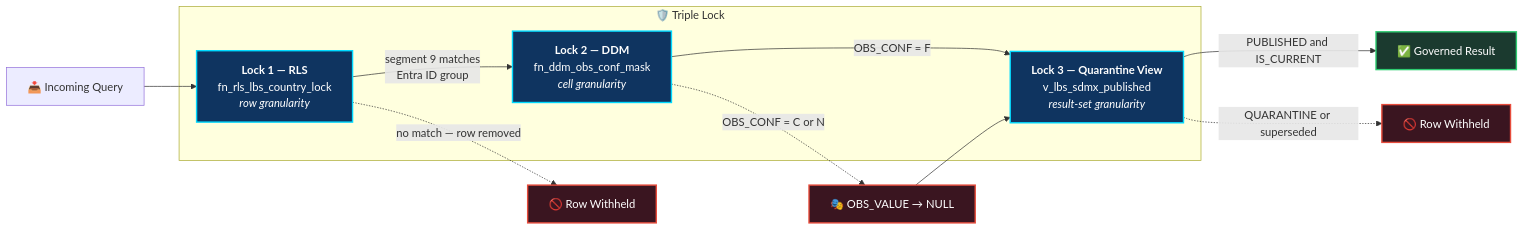
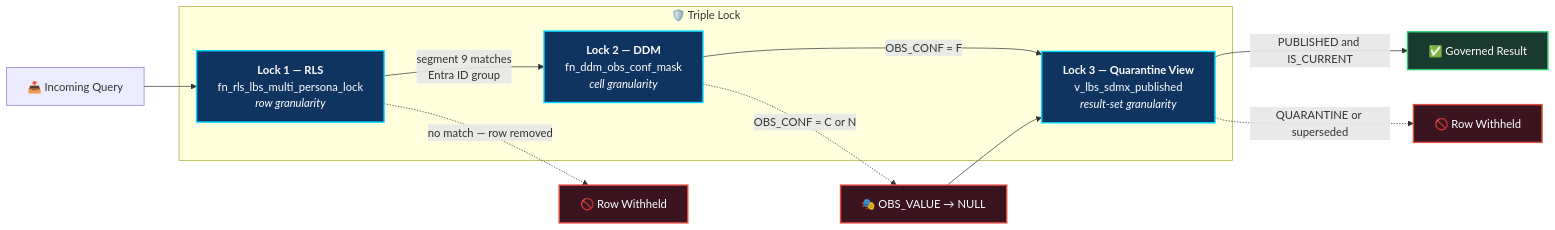
One commit to botlhale/sovereign-shield changed the fourth of 5 diagrams in docs/ARCHITECTURE_DIAGRAMS.md. Above: the diagram before and after it, drawn with Mermaid. The commit also changed other lines of this file and 53 other files, not shown here.

First line of the commit message:
feat: add contractor zero-access delivery pattern, Terraform IaC, and multi-persona test suite

````diff
--- a/docs/ARCHITECTURE_DIAGRAMS.md
+++ b/docs/ARCHITECTURE_DIAGRAMS.md
@@ -187,26 +259,26 @@
 ```mermaid
 graph LR
     Q["📥 Incoming Query"] --> L1
 
     subgraph LOCKS["🛡️ Triple Lock"]
-        L1["<b>Lock 1 — RLS</b><br/>fn_rls_lbs_country_lock<br/><i>row granularity</i>"]
+        L1["<b>Lock 1 — RLS</b><br/>fn_rls_lbs_multi_persona_lock<br/><i>row granularity</i>"]
         L2["<b>Lock 2 — DDM</b><br/>fn_ddm_obs_conf_mask<br/><i>cell granularity</i>"]
         L3["<b>Lock 3 — Quarantine View</b><br/>v_lbs_sdmx_published<br/><i>result-set granularity</i>"]
     end
 
     L1 -->|"segment 9 matches<br/>Entra ID group"| L2
     L1 -.->|"no match — row removed"| DROP["🚫 Row Withheld"]
     L2 -->|"OBS_CONF = F"| L3
     L2 -.->|"OBS_CONF = C or N"| MASK["🎭 OBS_VALUE → NULL"]
     L3 -->|"PUBLISHED and IS_CURRENT"| OUT["✅ Governed Result"]
     L3 -.->|"QUARANTINE or superseded"| HIDE["🚫 Row Withheld"]
     MASK --> L3
 
     classDef lock fill:#0f3460,stroke:#00d9ff,stroke-width:2px,color:#fff
     classDef deny fill:#3a1520,stroke:#e74c3c,stroke-width:2px,color:#fff
     classDef allow fill:#1b3a2f,stroke:#2ecc71,stroke-width:2px,color:#fff
 
     class L1,L2,L3 lock
     class DROP,HIDE,MASK deny
     class OUT allow
 ```
````
